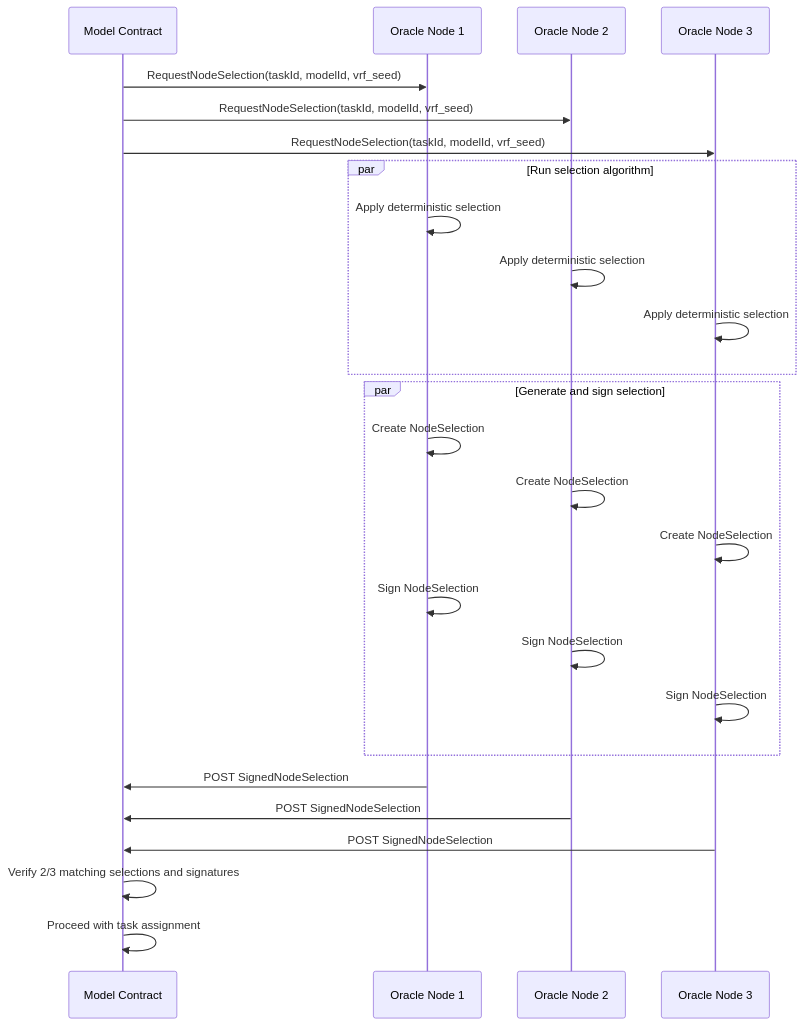
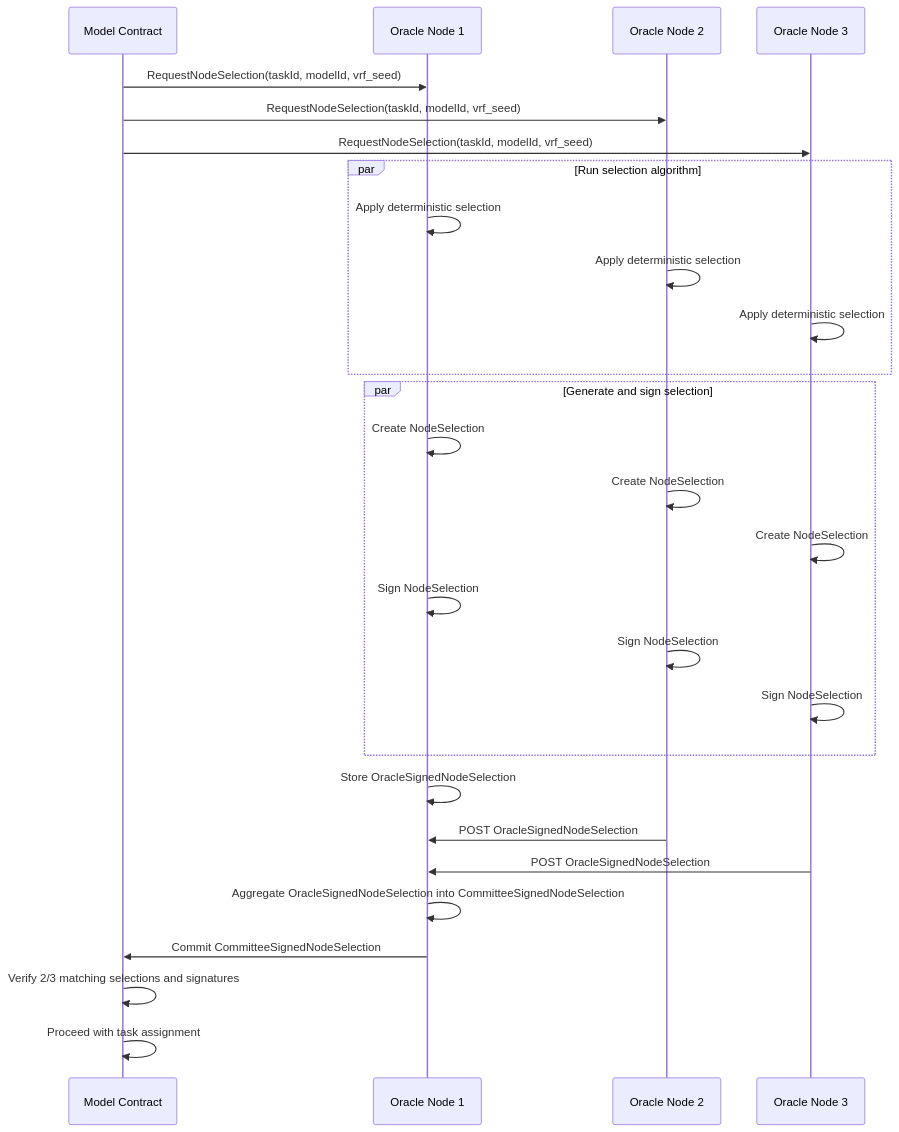
The seventh of 7 diagrams in concrete_plans/heartbeat_oracle/index.md (ToxicPine/planning-win), drawn with Mermaid before and after one commit. The commit also changed other lines of this file and 5 other files, not shown here.

````diff
--- a/concrete_plans/heartbeat_oracle/index.md
+++ b/concrete_plans/heartbeat_oracle/index.md
@@ -291,34 +322,38 @@
 ```mermaid
 sequenceDiagram
     participant MC as Model Contract
     participant O1 as Oracle Node 1
     participant O2 as Oracle Node 2
     participant O3 as Oracle Node 3
 
     MC->>O1: RequestNodeSelection(taskId, modelId, vrf_seed)
     MC->>O2: RequestNodeSelection(taskId, modelId, vrf_seed)
     MC->>O3: RequestNodeSelection(taskId, modelId, vrf_seed)
 
     par Run selection algorithm
         O1->>O1: Apply deterministic selection
         O2->>O2: Apply deterministic selection
         O3->>O3: Apply deterministic selection
     end
 
     par Generate and sign selection
         O1->>O1: Create NodeSelection
         O2->>O2: Create NodeSelection
         O3->>O3: Create NodeSelection
 
         O1->>O1: Sign NodeSelection
         O2->>O2: Sign NodeSelection
         O3->>O3: Sign NodeSelection
     end
 
-    O1->>MC: POST SignedNodeSelection
-    O2->>MC: POST SignedNodeSelection
-    O3->>MC: POST SignedNodeSelection
+    O1->>O1: Store OracleSignedNodeSelection
+    O2->>O1: POST OracleSignedNodeSelection
+    O3->>O1: POST OracleSignedNodeSelection
+
+    O1->>O1: Aggregate OracleSignedNodeSelection into CommitteeSignedNodeSelection
+
+    O1->>MC: Commit CommitteeSignedNodeSelection
 
     MC->>MC: Verify 2/3 matching selections and signatures
     MC->>MC: Proceed with task assignment
 ```
````
